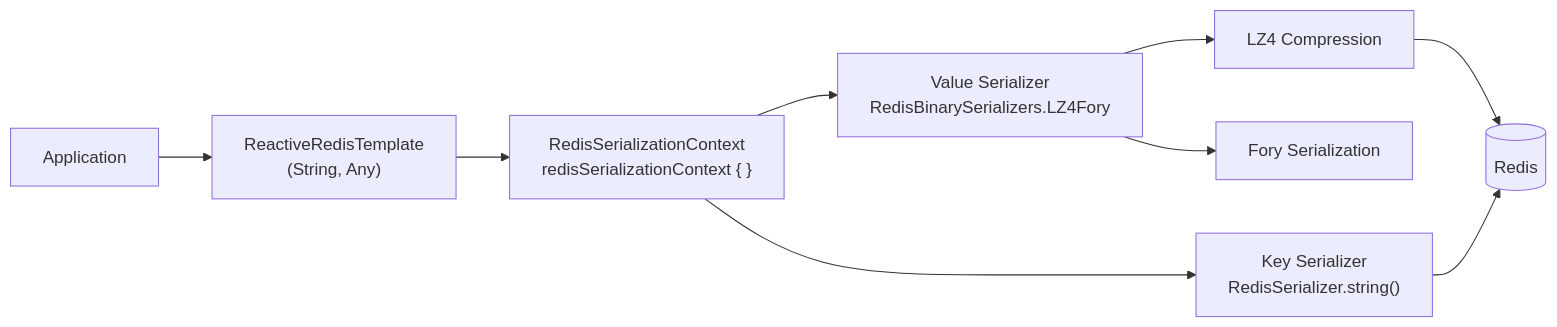
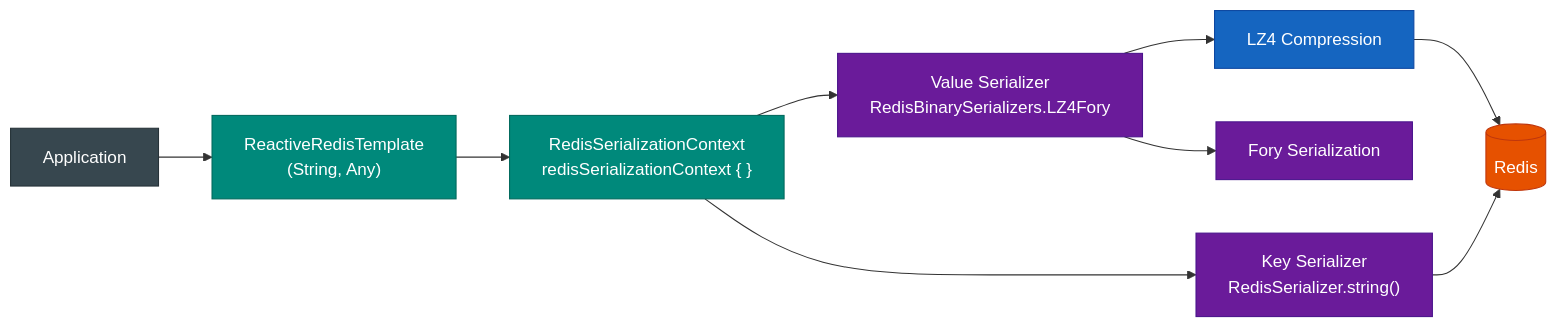
One commit to bluetape4k/bluetape4k-projects changed the second of 2 diagrams in spring-boot4/redis/README.md. Above: the diagram before and after it, drawn with Mermaid. The commit also changed other lines of this file and 221 other files, not shown here.

First line of the commit message:
docs: 전체 모듈 README UML 다이어그램 보강 및 색상 업그레이드

````diff
--- a/spring-boot4/redis/README.md
+++ b/spring-boot4/redis/README.md
@@ -148,11 +153,23 @@
 ```mermaid
 flowchart LR
     App["Application"] --> Template["ReactiveRedisTemplate<br/>(String, Any)"]
     Template --> Context["RedisSerializationContext<br/>redisSerializationContext { }"]
     Context --> KeySer["Key Serializer<br/>RedisSerializer.string()"]
     Context --> ValSer["Value Serializer<br/>RedisBinarySerializers.LZ4Fory"]
     ValSer --> Fory["Fory Serialization"]
     ValSer --> LZ4["LZ4 Compression"]
     LZ4 --> Redis[("Redis")]
     KeySer --> Redis
+
+    classDef appStyle fill:#37474F,stroke:#263238,color:#FFFFFF
+    classDef templateStyle fill:#00897B,stroke:#00695C,color:#FFFFFF
+    classDef serdeStyle fill:#6A1B9A,stroke:#4A148C,color:#FFFFFF
+    classDef compressStyle fill:#1565C0,stroke:#0D47A1,color:#FFFFFF
+    classDef dbStyle fill:#E65100,stroke:#BF360C,color:#FFFFFF
+
+    class App appStyle
+    class Template,Context templateStyle
+    class KeySer,ValSer,Fory serdeStyle
+    class LZ4 compressStyle
+    class Redis dbStyle
 ```
````
